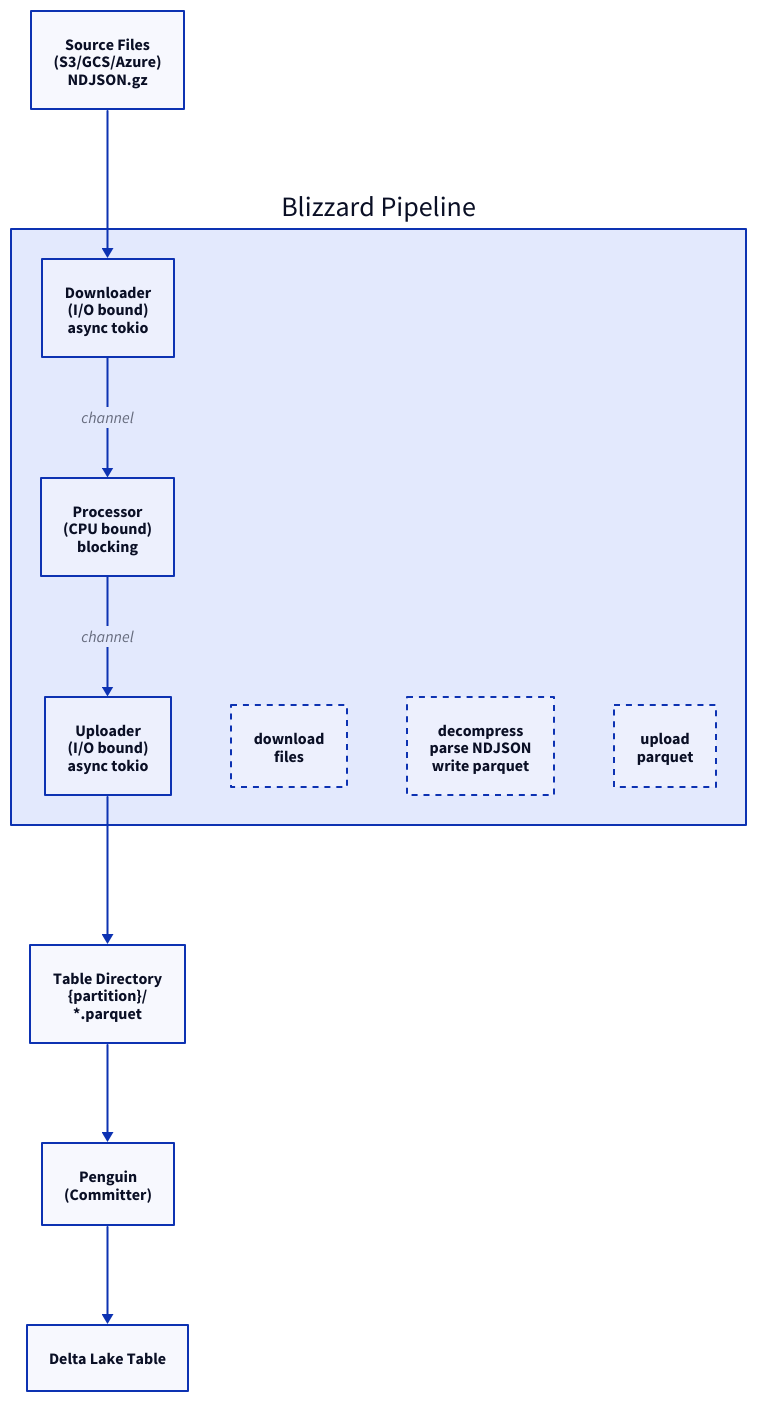
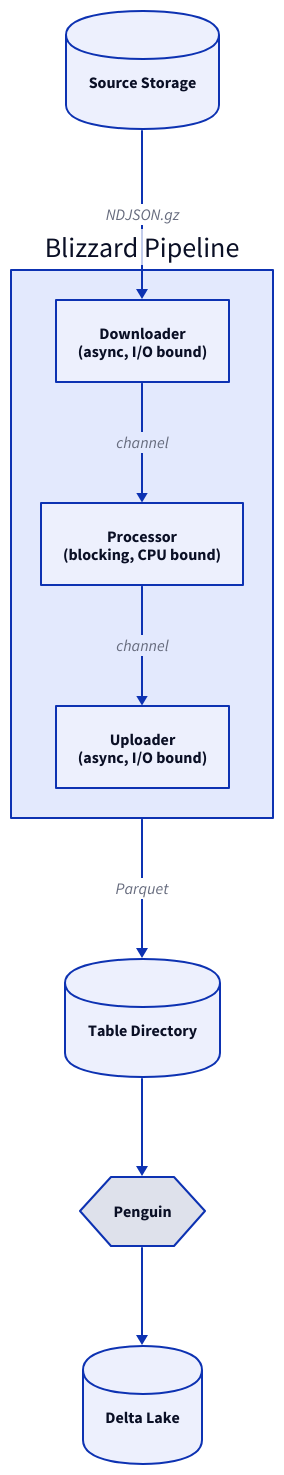
The first of 4 diagrams in website/src/content/docs/architecture/pipeline.md (benjamin-awd/blizzard), drawn with D2 before and after one commit. The commit also changed other lines of this file and 5 other files, not shown here.

Commit message:
chore: update diagrams

````diff
--- a/website/src/content/docs/architecture/pipeline.md
+++ b/website/src/content/docs/architecture/pipeline.md
@@ -18,44 +18,38 @@
 ```d2
-source: Source Files {
-  label: "Source Files\n(S3/GCS/Azure)\nNDJSON.gz"
+source: Source Storage {
+  shape: cylinder
 }
 
-Blizzard Pipeline: {
-  downloader: Downloader {
-    label: "Downloader\n(I/O bound)\nasync tokio"
-  }
-  processor: Processor {
-    label: "Processor\n(CPU bound)\nblocking"
-  }
-  uploader: Uploader {
-    label: "Uploader\n(I/O bound)\nasync tokio"
+pipeline: Blizzard Pipeline {
+  download: Downloader {
+    label: "Downloader\n(async, I/O bound)"
   }
 
-  downloader -> processor: channel
-  processor -> uploader: channel
+  process: Processor {
+    label: "Processor\n(blocking, CPU bound)"
+  }
 
-  downloader_note: "download\nfiles" {
-    style.stroke-dash: 3
+  upload: Uploader {
+    label: "Uploader\n(async, I/O bound)"
   }
-  processor_note: "decompress\nparse NDJSON\nwrite parquet" {
-    style.stroke-dash: 3
-  }
-  uploader_note: "upload\nparquet" {
-    style.stroke-dash: 3
-  }
+
+  download -> process: channel
+  process -> upload: channel
 }
 
-table_dir: Table Directory {
-  label: "Table Directory\n{partition}/\n*.parquet"
+table: Table Directory {
+  shape: cylinder
 }
 
 penguin: Penguin {
-  label: "Penguin\n(Committer)"
+  shape: hexagon
 }
 
-delta: Delta Lake Table
+delta: Delta Lake {
+  shape: cylinder
+}
 
-source -> Blizzard Pipeline.downloader
-Blizzard Pipeline.uploader -> table_dir
-table_dir -> penguin -> delta
+source -> pipeline.download: NDJSON.gz
+pipeline -> table: Parquet
+table -> penguin -> delta
 ```
````
